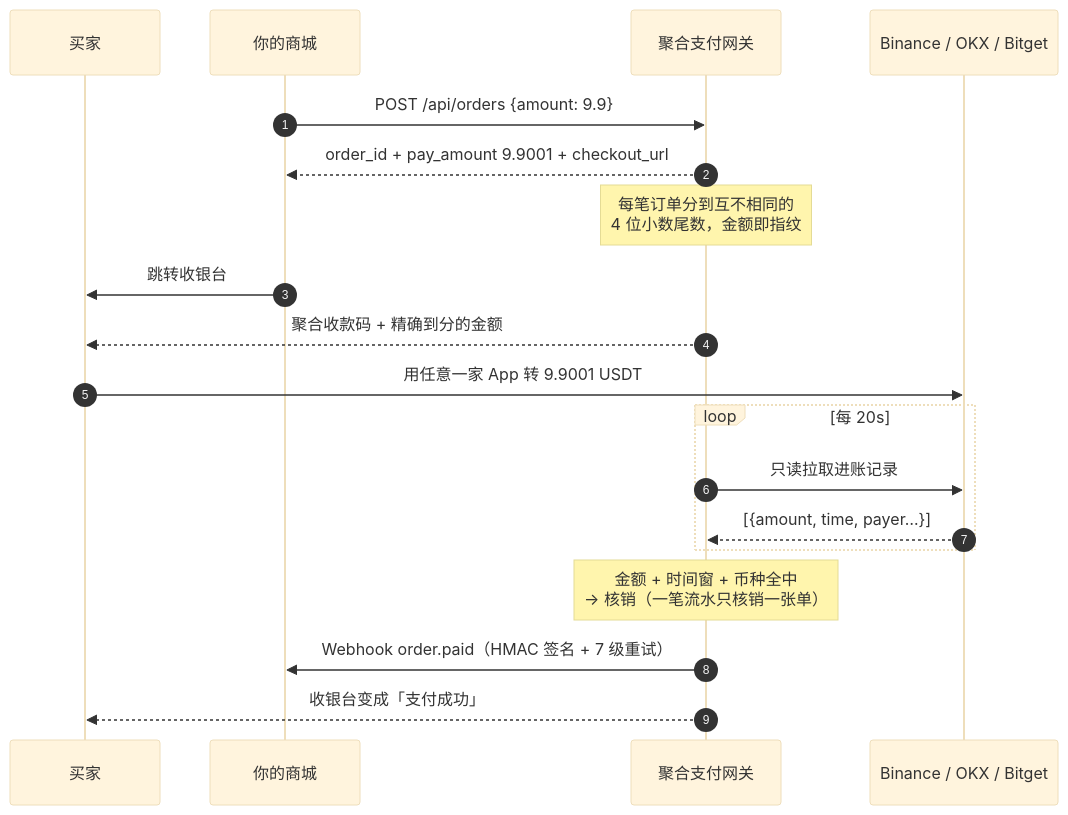
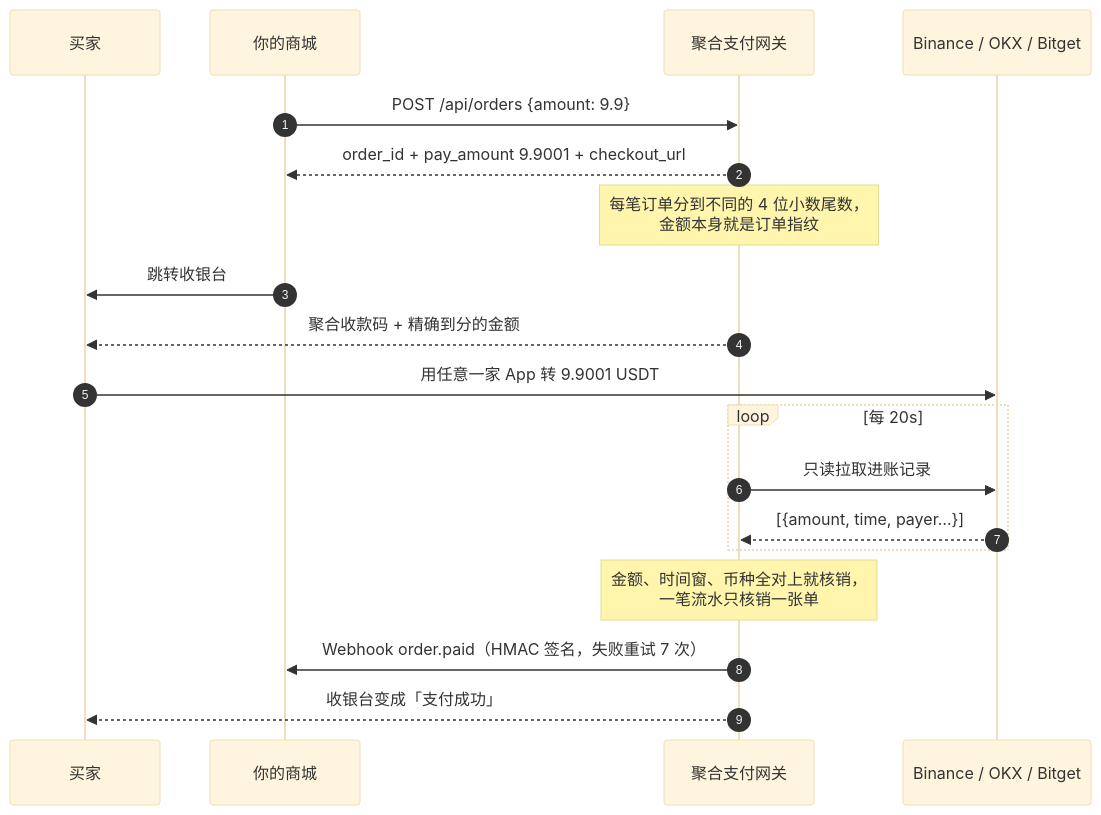
The diagram in README.md (XXXDai/multi-cex-pay), drawn with Mermaid (base theme) before and after one commit. The commit also changed other lines of this file and 32 other files, not shown here.

````diff
--- a/README.md
+++ b/README.md
@@ -65,22 +52,22 @@
 ```mermaid
 sequenceDiagram
     autonumber
     participant B as 买家
     participant S as 你的商城
     participant G as 聚合支付网关
     participant X as Binance / OKX / Bitget
 
     S->>G: POST /api/orders {amount: 9.9}
     G-->>S: order_id + pay_amount 9.9001 + checkout_url
-    Note over G: 每笔订单分到互不相同的<br/>4 位小数尾数，金额即指纹
+    Note over G: 每笔订单分到不同的 4 位小数尾数，<br/>金额本身就是订单指纹
     S->>B: 跳转收银台
     G-->>B: 聚合收款码 + 精确到分的金额
     B->>X: 用任意一家 App 转 9.9001 USDT
     loop 每 20s
         G->>X: 只读拉取进账记录
         X-->>G: [{amount, time, payer…}]
     end
-    Note over G: 金额 + 时间窗 + 币种全中<br/>→ 核销（一笔流水只核销一张单）
-    G->>S: Webhook order.paid（HMAC 签名 + 7 级重试）
+    Note over G: 金额、时间窗、币种全对上就核销，<br/>一笔流水只核销一张单
+    G->>S: Webhook order.paid（HMAC 签名，失败重试 7 次）
     G-->>B: 收银台变成「支付成功」
 ```
````
